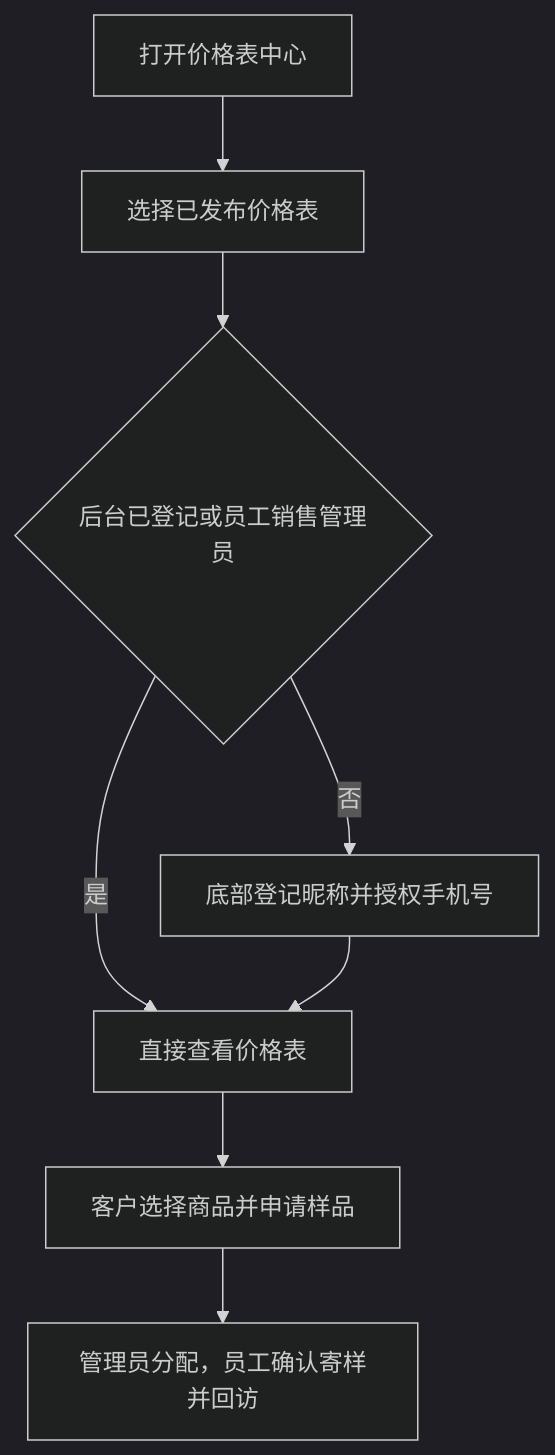
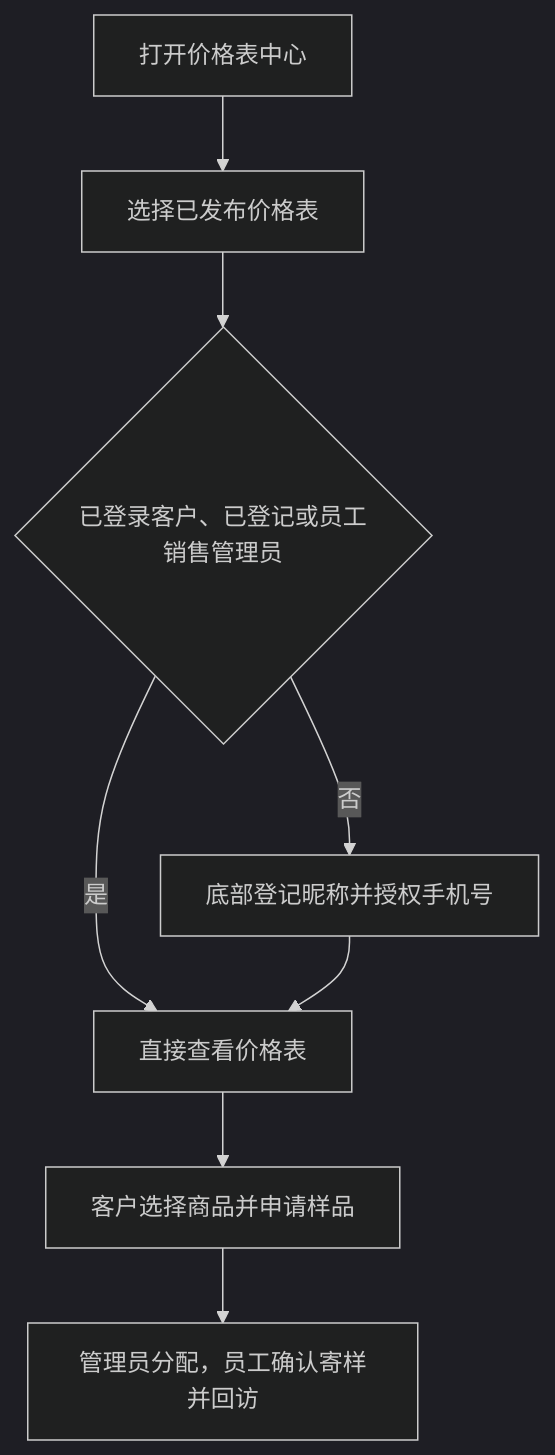
The diagram in orderapp-remote/docs/OP_MANUAL_BEAN_LIST_CENTER.md (Backstage2539/KFerp), drawn with Mermaid (dark theme) before and after one commit. The commit also changed other lines of this file and 33 other files, not shown here.

Commit message:
feat: simplify customer miniapp stock purchase and dropship flow

````diff
--- a/orderapp-remote/docs/OP_MANUAL_BEAN_LIST_CENTER.md
+++ b/orderapp-remote/docs/OP_MANUAL_BEAN_LIST_CENTER.md
@@ -7,10 +9,10 @@
 ```mermaid
 flowchart TD
   A["打开价格表中心"] --> B["选择已发布价格表"]
-  B --> C{"后台已登记或员工销售管理员"}
+  B --> C{"已登录客户、已登记或员工销售管理员"}
   C -->|是| D["直接查看价格表"]
   C -->|否| E["底部登记昵称并授权手机号"]
   E --> D
   D --> F["客户选择商品并申请样品"]
   F --> G["管理员分配，员工确认寄样并回访"]
 ```
````
